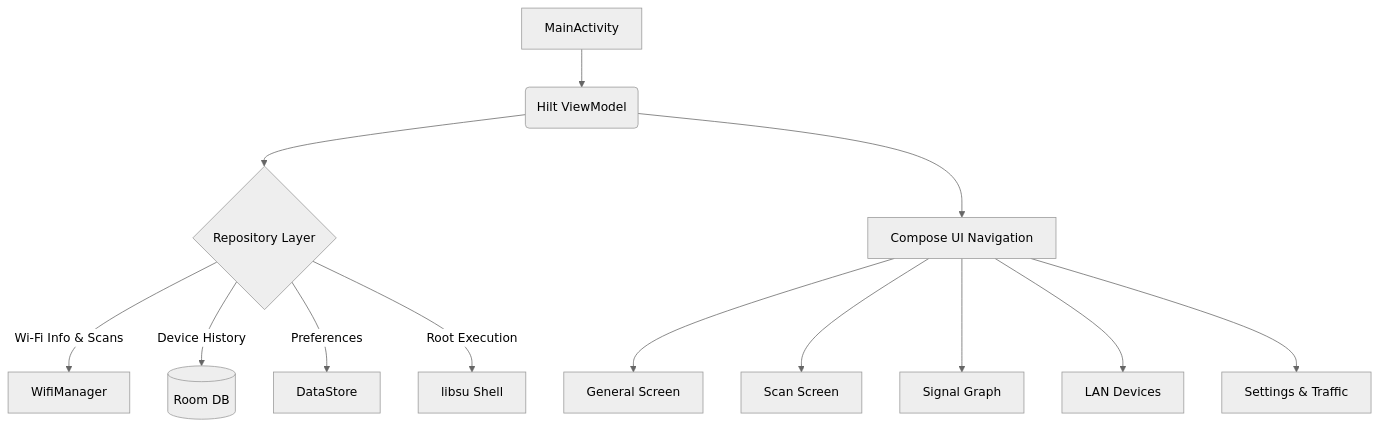
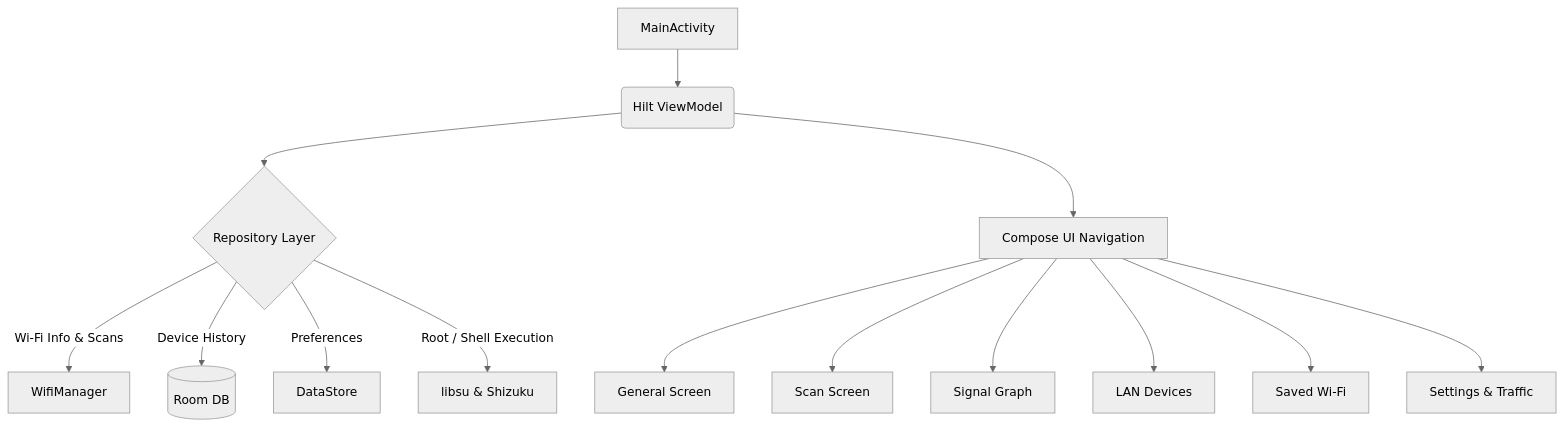
One commit to ritikthakur22/wifi_analyzer_app changed the diagram in README.md. Above: the diagram before and after it, drawn with Mermaid (neutral theme). The commit also changed other lines of this file, not shown here.

Commit message:
Docs: Update README with Shizuku and Saved Wi-Fi features

````diff
--- a/README.md
+++ b/README.md
@@ -68,17 +70,18 @@
 ```mermaid
 graph TD
     A[MainActivity] --> B(Hilt ViewModel)
     B --> C{Repository Layer}
     
     C -->|Wi-Fi Info & Scans| D[WifiManager]
     C -->|Device History| E[(Room DB)]
     C -->|Preferences| F[DataStore]
-    C -->|Root Execution| G[libsu Shell]
+    C -->|Root / Shell Execution| G[libsu & Shizuku]
 
     B --> H[Compose UI Navigation]
     H --> I[General Screen]
     H --> J[Scan Screen]
     H --> K[Signal Graph]
     H --> L[LAN Devices]
-    H --> M[Settings & Traffic]
+    H --> M[Saved Wi-Fi]
+    H --> N[Settings & Traffic]
 ```
````
